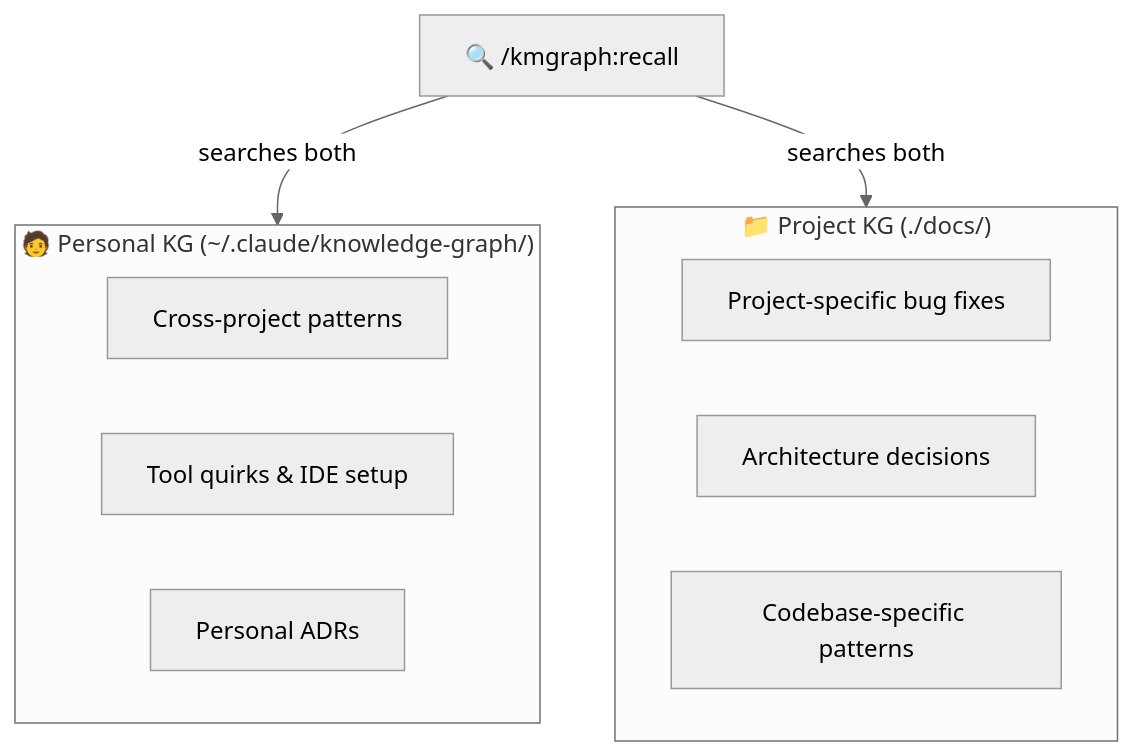
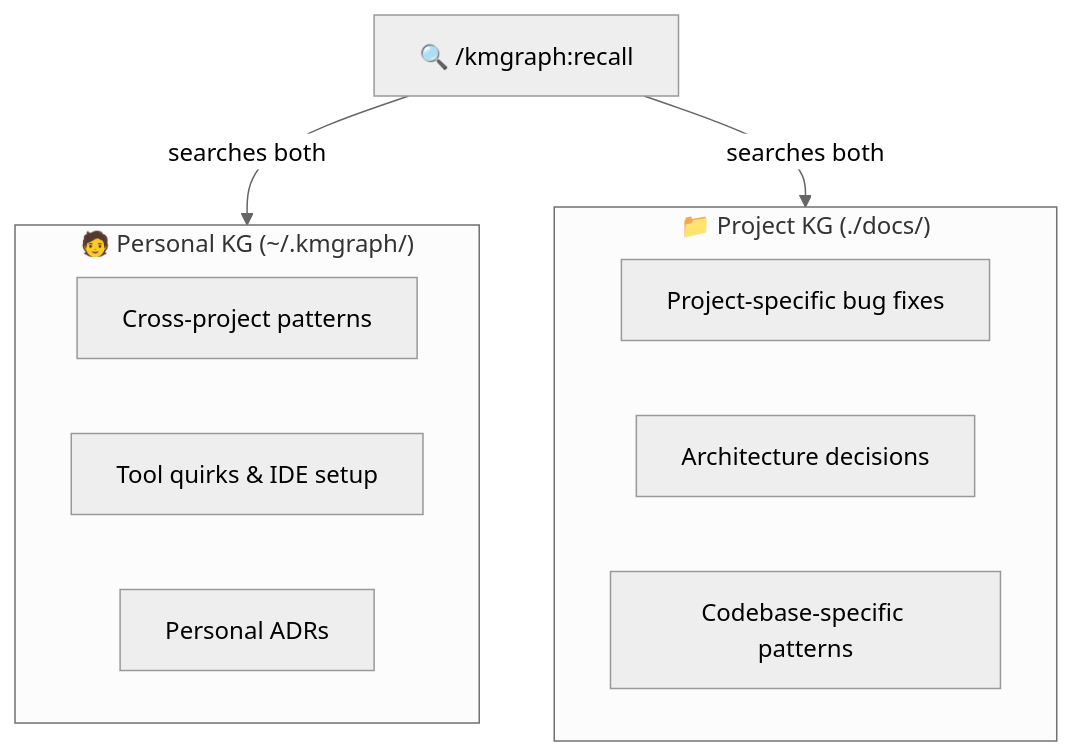
Before and after one commit to technomensch/knowledge-graph: the diagram in docs/PERSONAL-V-PROJECT.md, drawn with Mermaid. The commit also changed other lines of this file and 26 other files, not shown here.

First line of the commit message:
fix(v0.3.5-beta): move personal KG default from ~/.claude/knowledge-graph to ~/.kmgraph

````diff
--- a/docs/PERSONAL-V-PROJECT.md
+++ b/docs/PERSONAL-V-PROJECT.md
@@ -54,22 +54,22 @@
 ```mermaid
 %%{init: {'theme': 'neutral'}}%%
 graph TB
-    subgraph Personal ["🧑 Personal KG (~/.claude/knowledge-graph/)"]
+    subgraph Personal ["🧑 Personal KG (~/.kmgraph/)"]
         P1["Cross-project patterns"]
         P2["Tool quirks & IDE setup"]
         P3["Personal ADRs"]
     end
 
     subgraph Project ["📁 Project KG (./docs/)"]
         PJ1["Project-specific bug fixes"]
         PJ2["Architecture decisions"]
         PJ3["Codebase-specific patterns"]
     end
 
     Recall["🔍 /kmgraph:recall"]
     Recall -->|searches both| Personal
     Recall -->|searches both| Project
 
     accTitle: Personal vs Project KG scopes
-    accDescr: Two KG scopes — Personal stored at ~/.claude/knowledge-graph/ and Project stored in ./docs/. Recall searches both automatically.
+    accDescr: Two KG scopes — Personal stored at ~/.kmgraph/ and Project stored in ./docs/. Recall searches both automatically.
 ```
````
